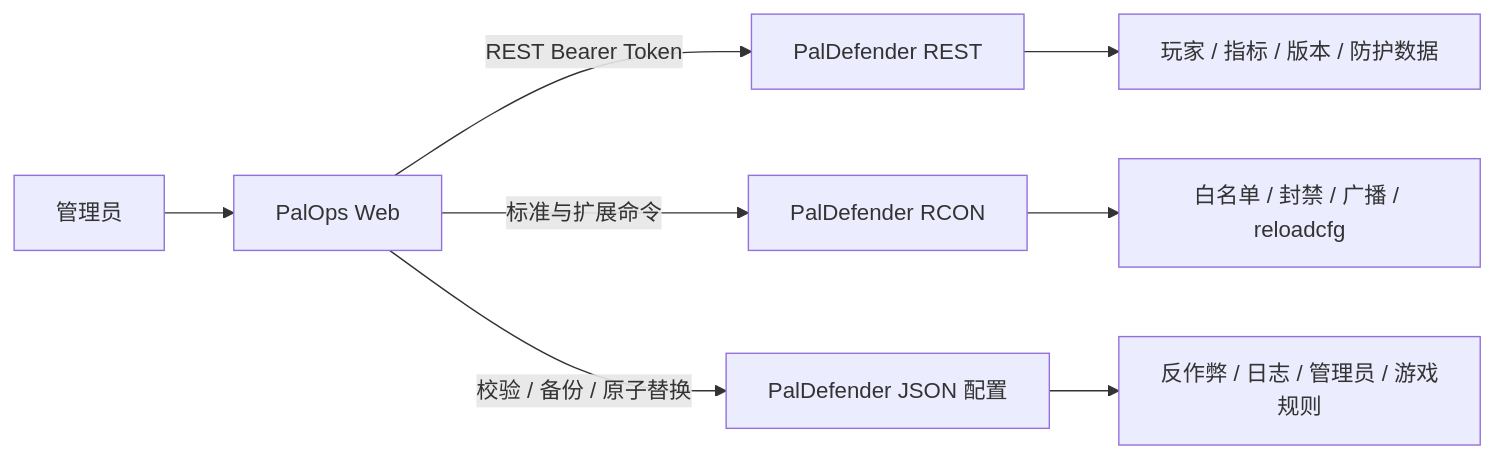
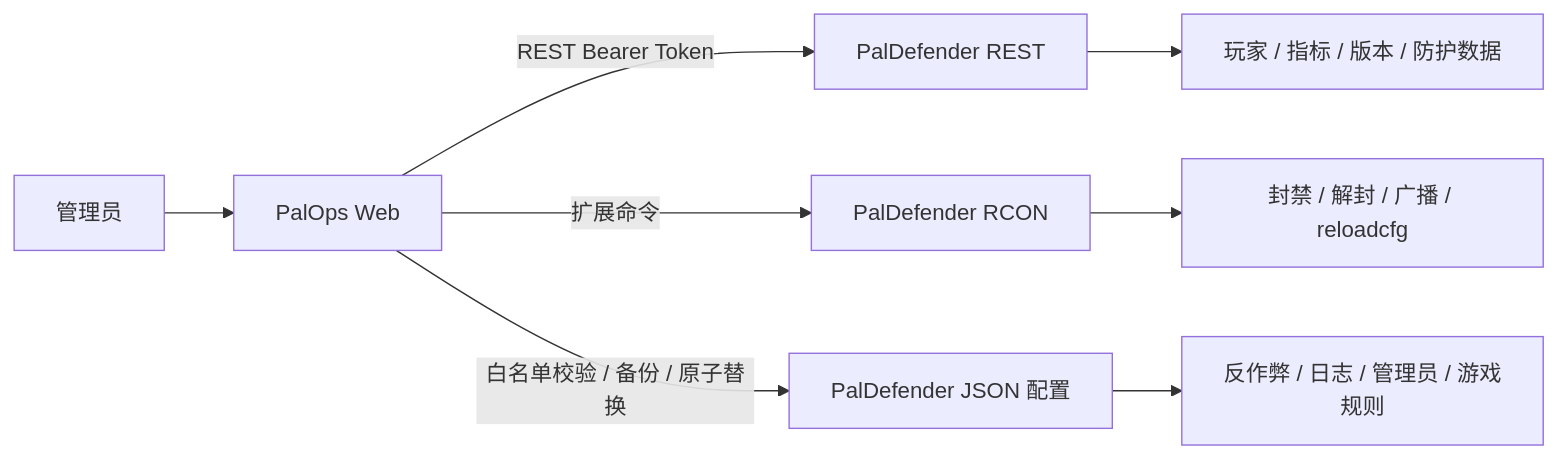
The first of 2 diagrams in README.md (CoderYiXin/PalOpsWeb), drawn with Mermaid before and after one commit. The commit also changed other lines of this file and 127 other files, not shown here.

````diff
--- a/README.md
+++ b/README.md
@@ -199,10 +186,10 @@
 ```mermaid
 flowchart LR
     Admin[管理员] --> PalOps[PalOps Web]
     PalOps -->|REST Bearer Token| PDREST[PalDefender REST]
-    PalOps -->|标准与扩展命令| RCON[PalDefender RCON]
-    PalOps -->|校验 / 备份 / 原子替换| Config[PalDefender JSON 配置]
+    PalOps -->|扩展命令| RCON[PalDefender RCON]
+    PalOps -->|白名单校验 / 备份 / 原子替换| Config[PalDefender JSON 配置]
     PDREST --> Runtime[玩家 / 指标 / 版本 / 防护数据]
-    RCON --> Operations[白名单 / 封禁 / 广播 / reloadcfg]
+    RCON --> Operations[封禁 / 解封 / 广播 / reloadcfg]
     Config --> Protection[反作弊 / 日志 / 管理员 / 游戏规则]
 ```
````
